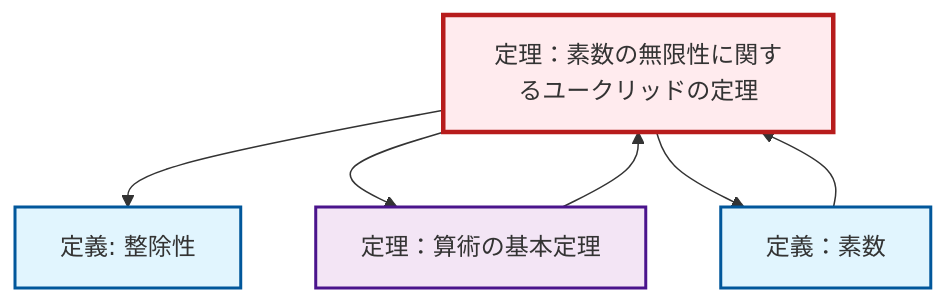
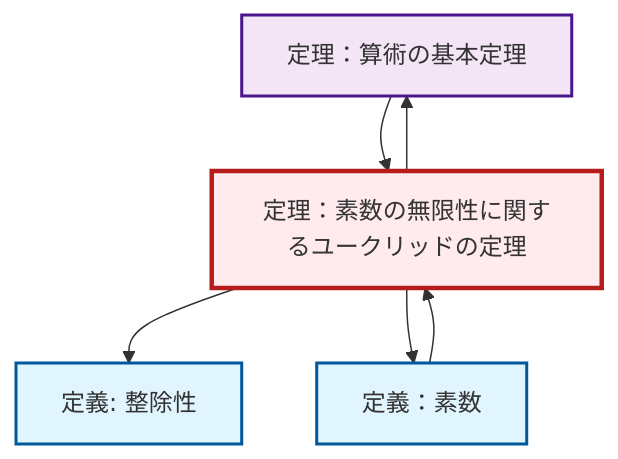
One commit to RK0429/ModernMath changed the diagram in content/ja/number-theory/thm-euclid-infinitude-primes.qmd. Above: the diagram before and after it, drawn with Mermaid. The commit also changed 672 other files, not shown here.

````diff
--- a/content/ja/number-theory/thm-euclid-infinitude-primes.qmd
+++ b/content/ja/number-theory/thm-euclid-infinitude-primes.qmd
@@ -95,22 +95,22 @@
 ```{mermaid}
-%%| fig-cap: "Local dependency graph"
+%%| fig-cap: "ローカル依存関係グラフ"
 graph TD
     classDef definition fill:#e1f5fe,stroke:#01579b,stroke-width:2px
     classDef theorem fill:#f3e5f5,stroke:#4a148c,stroke-width:2px
     classDef axiom fill:#fff3e0,stroke:#e65100,stroke-width:2px
     classDef example fill:#e8f5e9,stroke:#1b5e20,stroke-width:2px
     classDef current fill:#ffebee,stroke:#b71c1c,stroke-width:3px
+    thm-fundamental-arithmetic["定理：算術の基本定理"]:::theorem
     thm-euclid-infinitude-primes["定理：素数の無限性に関するユークリッドの定理"]:::theorem
+    def-divisibility["定義: 整除性"]:::definition
     def-prime["定義：素数"]:::definition
-    def-divisibility["定義: 整除性"]:::definition
-    thm-fundamental-arithmetic["定理：算術の基本定理"]:::theorem
+    thm-euclid-infinitude-primes --> thm-fundamental-arithmetic
     thm-euclid-infinitude-primes --> def-divisibility
+    thm-euclid-infinitude-primes --> def-prime
     def-prime --> thm-euclid-infinitude-primes
     thm-fundamental-arithmetic --> thm-euclid-infinitude-primes
-    thm-euclid-infinitude-primes --> thm-fundamental-arithmetic
-    thm-euclid-infinitude-primes --> def-prime
     class thm-euclid-infinitude-primes current
+    click thm-fundamental-arithmetic "thm-fundamental-arithmetic.html" "定理：算術の基本定理へ"
+    click def-divisibility "def-divisibility.html" "整除性の定義へ"
     click def-prime "def-prime.html" "定義：素数へ"
-    click def-divisibility "def-divisibility.html" "整除性の定義へ"
-    click thm-fundamental-arithmetic "thm-fundamental-arithmetic.html" "定理：算術の基本定理へ"
 ```
````
